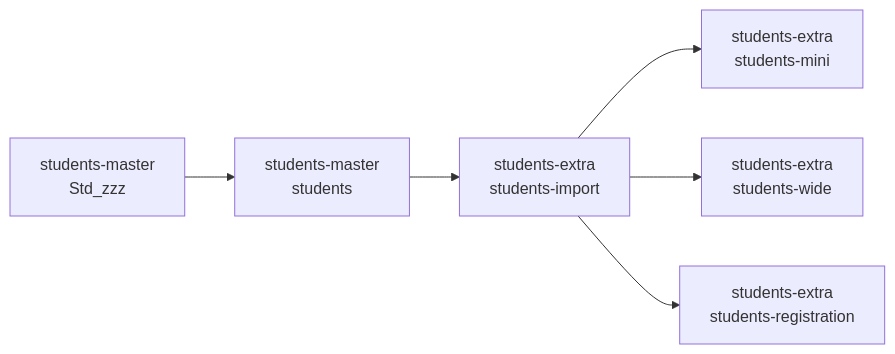
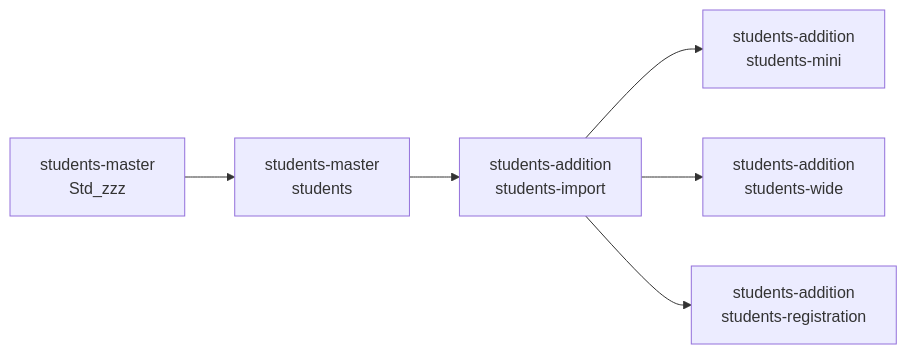
One commit to hungple/GLVN-database changed the second of 5 diagrams in admin-README.md. Above: the diagram before and after it, drawn with Mermaid. The commit also changed other lines of this file, not shown here.

````diff
--- a/admin-README.md
+++ b/admin-README.md
@@ -160,15 +160,15 @@
 ```mermaid
 flowchart LR
     A["students-master<br/>Std_zzz"]
     B["students-master<br/>students"]
-    C["students-extra<br/>students-import"]
-    D["students-extra<br/>students-mini"]
-    E["students-extra<br/>students-wide"]
-    F["students-extra<br/>students-registration"]
+    C["students-addition<br/>students-import"]
+    D["students-addition<br/>students-mini"]
+    E["students-addition<br/>students-wide"]
+    F["students-addition<br/>students-registration"]
 
     A --> B
     B --> C
     C --> D
     C --> E
     C --> F
 ```
````
